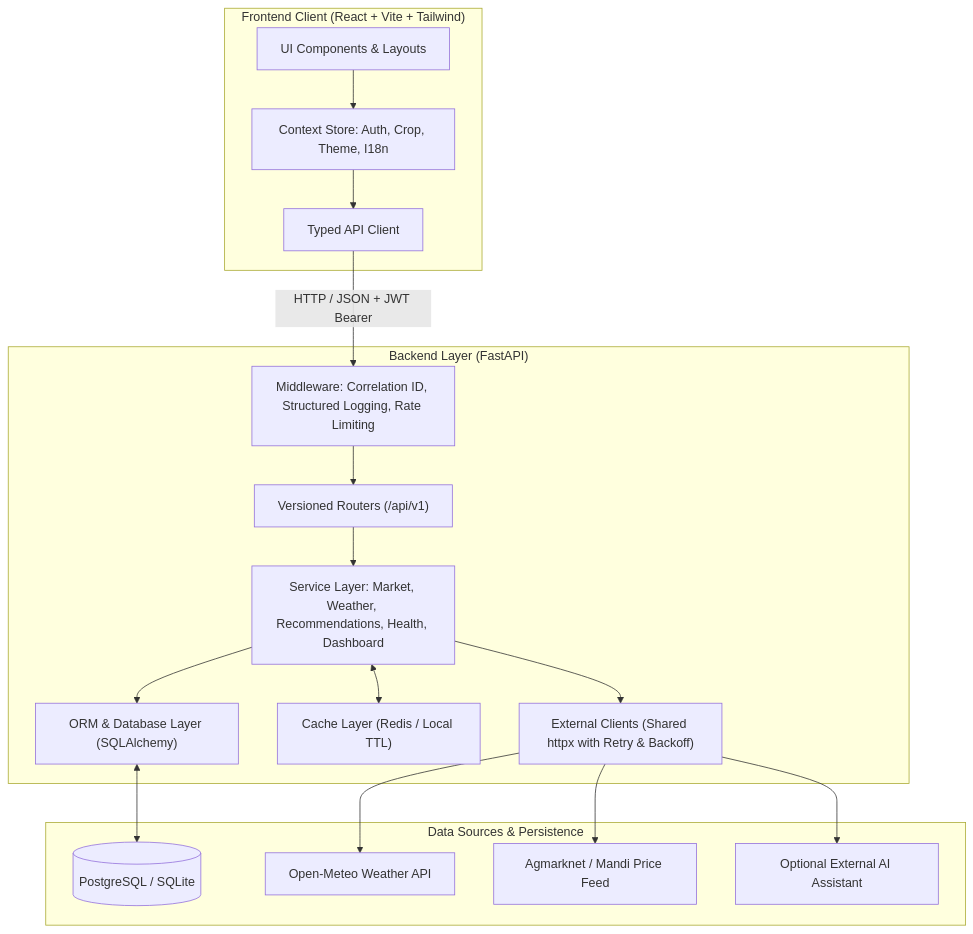
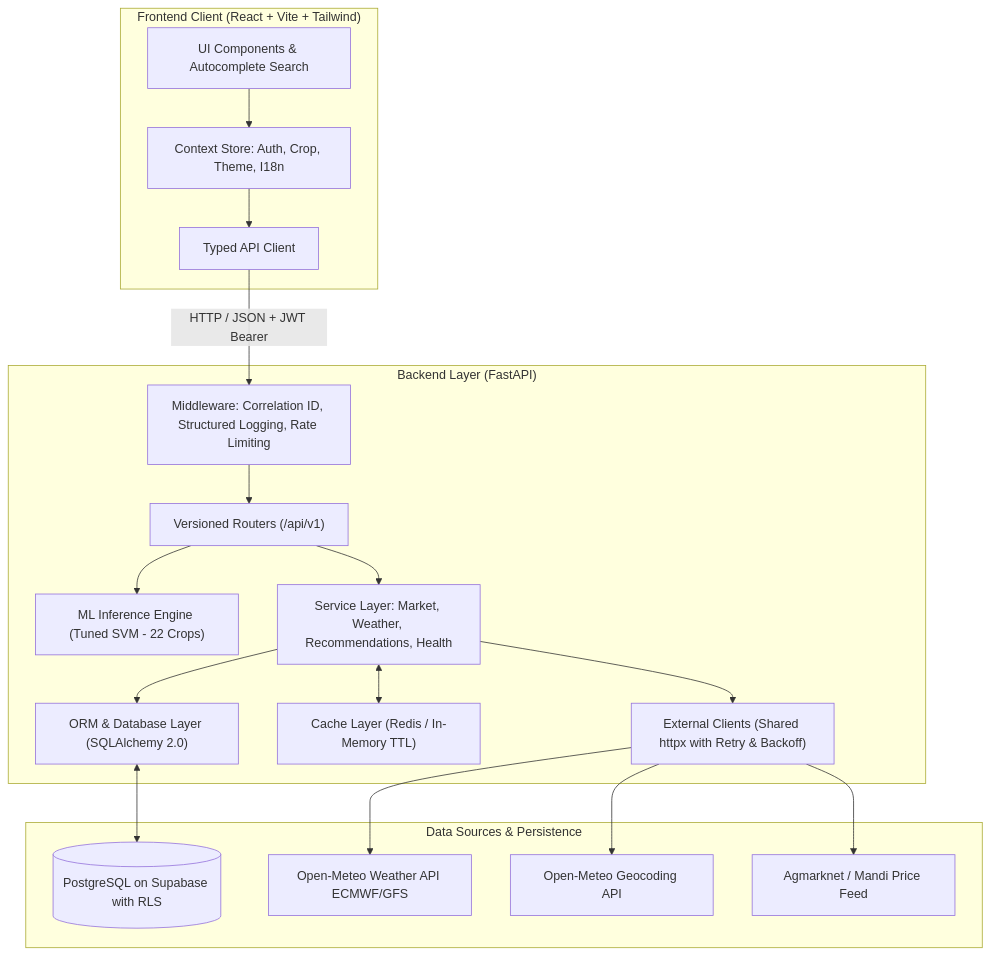
The diagram in README.md (PiyushAnand2006/AgriSense-AI), drawn with Mermaid before and after one commit. The commit also changed other lines of this file and 1 other file, not shown here.

````diff
--- a/README.md
+++ b/README.md
@@ -91,38 +146,40 @@
 ```mermaid
 flowchart TD
     subgraph Frontend["Frontend Client (React + Vite + Tailwind)"]
-        UI[UI Components & Layouts]
+        UI[UI Components & Autocomplete Search]
         Store[Context Store: Auth, Crop, Theme, I18n]
         APIService[Typed API Client]
         UI --> Store
         Store --> APIService
     end
 
     subgraph Backend["Backend Layer (FastAPI)"]
         MW[Middleware: Correlation ID, Structured Logging, Rate Limiting]
         Routers["Versioned Routers (/api/v1)"]
-        Services["Service Layer: Market, Weather, Recommendations, Health, Dashboard"]
+        MLService["ML Inference Engine (Tuned SVM - 22 Crops)"]
+        Services["Service Layer: Market, Weather, Recommendations, Health"]
         ExtClients["External Clients (Shared httpx with Retry & Backoff)"]
-        Cache["Cache Layer (Redis / Local TTL)"]
-        DBLayer["ORM & Database Layer (SQLAlchemy)"]
+        Cache["Cache Layer (Redis / In-Memory TTL)"]
+        DBLayer["ORM & Database Layer (SQLAlchemy 2.0)"]
 
         APIService -->|HTTP / JSON + JWT Bearer| MW
         MW --> Routers
+        Routers --> MLService
         Routers --> Services
         Services <--> Cache
         Services --> ExtClients
         Services --> DBLayer
     end
 
     subgraph External["Data Sources & Persistence"]
-        DB[(PostgreSQL / SQLite)]
-        WeatherAPI[Open-Meteo Weather API]
+        DB[(PostgreSQL on Supabase with RLS)]
+        WeatherAPI[Open-Meteo Weather API ECMWF/GFS]
+        GeocodingAPI[Open-Meteo Geocoding API]
         MandiAPI[Agmarknet / Mandi Price Feed]
-        ExtLLM[Optional External AI Assistant]
 
         DBLayer <--> DB
         ExtClients --> WeatherAPI
+        ExtClients --> GeocodingAPI
         ExtClients --> MandiAPI
-        ExtClients --> ExtLLM
     end
 ```
````
